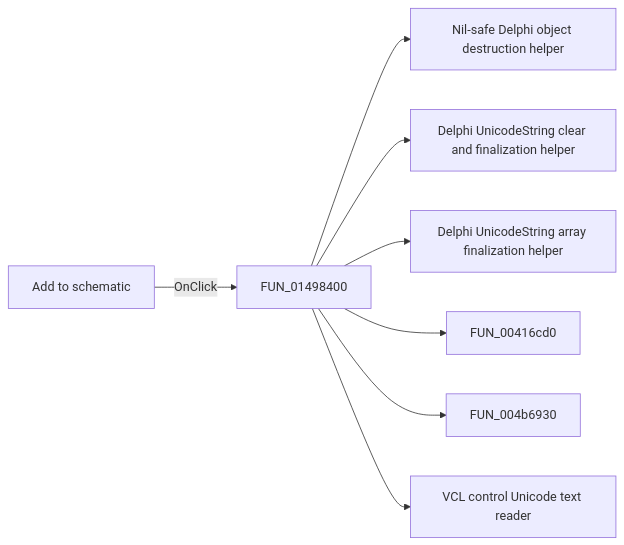
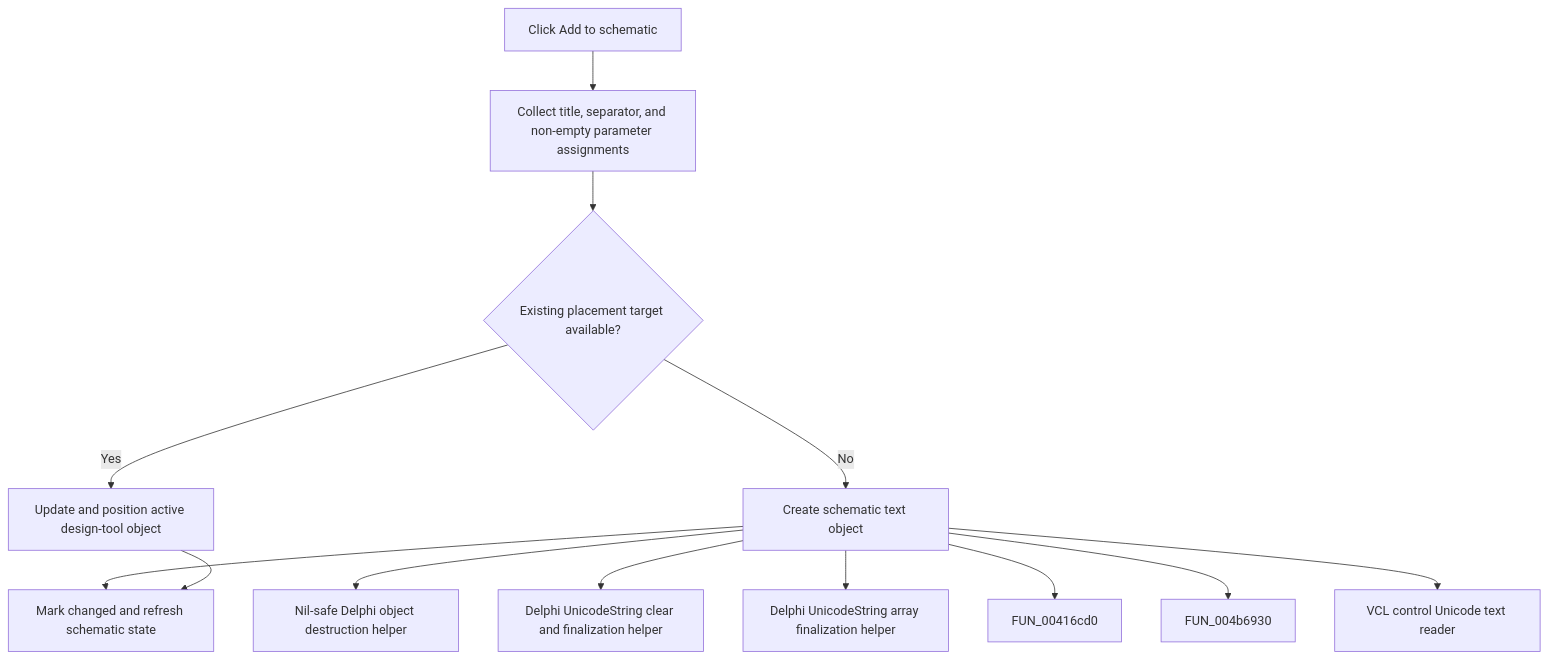
One commit to MovGP0/TIARA changed the diagram in docs/ui-controls/frmdesigntool/btnplace-4dbb837566.md. Above: the diagram before and after it, drawn with Mermaid. The commit also changed other lines of this file and 387 other files, not shown here.

````diff
--- a/docs/ui-controls/frmdesigntool/btnplace-4dbb837566.md
+++ b/docs/ui-controls/frmdesigntool/btnplace-4dbb837566.md
@@ -27,10 +27,15 @@
 ```mermaid
-flowchart LR
-    control["Add to schematic"] -->|OnClick| handler["FUN_01498400"]
+flowchart TD
+    control["Click Add to schematic"] --> collect["Collect title, separator, and non-empty parameter assignments"]
+    collect --> target{"Existing placement target available?"}
+    target -->|No| handler["Create schematic text object"]
+    target -->|Yes| update["Update and position active design-tool object"]
+    handler --> refresh["Mark changed and refresh schematic state"]
+    update --> refresh
     handler --> call1["Nil-safe Delphi object destruction helper"]
     handler --> call2["Delphi UnicodeString clear and finalization helper"]
     handler --> call3["Delphi UnicodeString array finalization helper"]
     handler --> call4["FUN_00416cd0"]
     handler --> call5["FUN_004b6930"]
     handler --> call6["VCL control Unicode text reader"]
 ```
````
